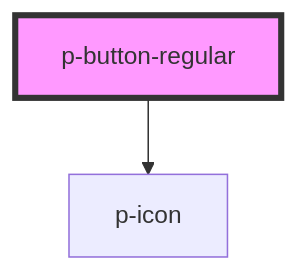
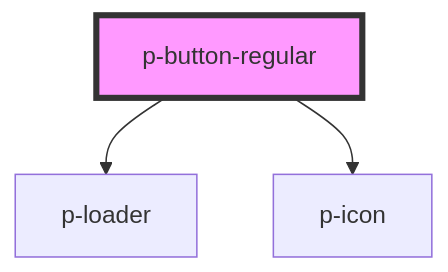
One commit to porsche-design-system/porsche-design-system changed the diagram in packages/ui-kit-js/src/components/action/button-regular/readme.md. Above: the diagram before and after it, drawn with Mermaid. The commit also changed other lines of this file and 15 other files, not shown here.

Commit message:
Add button-regular | sas | #133

````diff
--- a/packages/ui-kit-js/src/components/action/button-regular/readme.md
+++ b/packages/ui-kit-js/src/components/action/button-regular/readme.md
@@ -38,5 +40,6 @@
 ```mermaid
 graph TD;
+  p-button-regular --> p-loader
   p-button-regular --> p-icon
   style p-button-regular fill:#f9f,stroke:#333,stroke-width:4px
 ```
````
